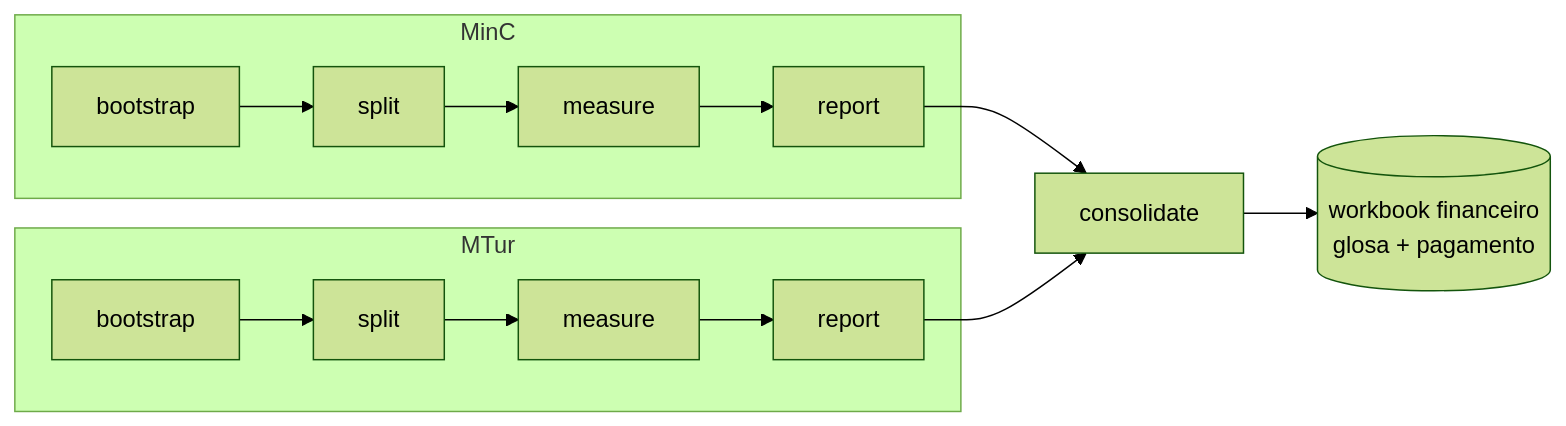
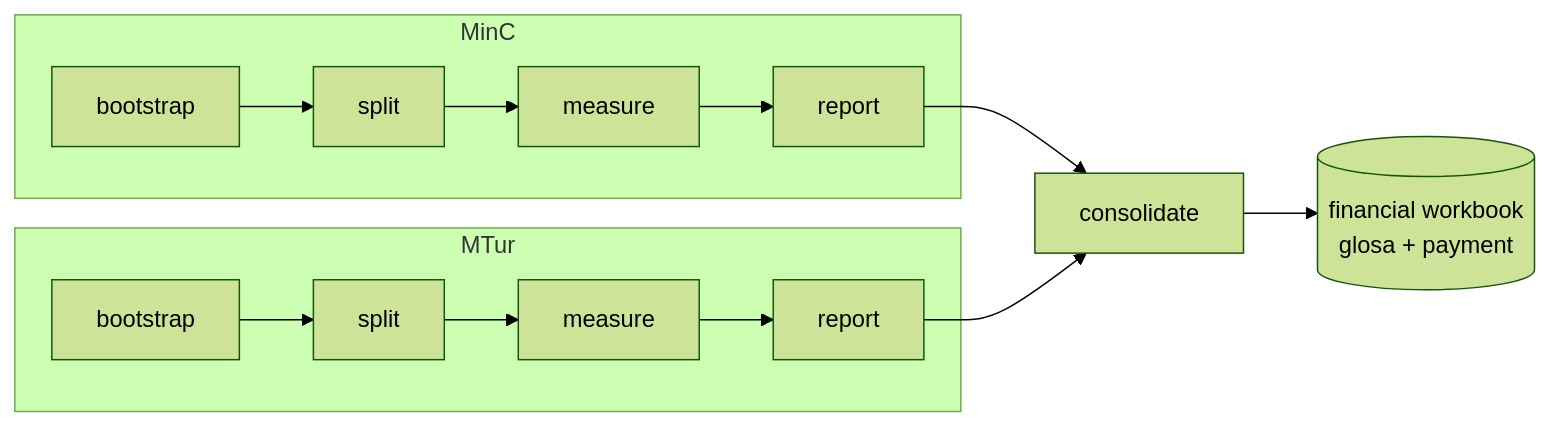
One commit to joaooliveira92/pyauditor changed the diagram in README.md. Above: the diagram before and after it, drawn with Mermaid (forest theme). The commit also changed other lines of this file and 6 other files, not shown here.

````diff
--- a/README.md
+++ b/README.md
@@ -26,12 +26,12 @@
 ```mermaid
 flowchart LR
     subgraph MinC
         B1[bootstrap] --> S1[split] --> M1[measure] --> R1[report]
     end
     subgraph MTur
         B2[bootstrap] --> S2[split] --> M2[measure] --> R2[report]
     end
     R1 --> C[consolidate]
     R2 --> C
-    C --> W[(workbook financeiro<br/>glosa + pagamento)]
+    C --> W[(financial workbook<br/>glosa + payment)]
 ```
````
